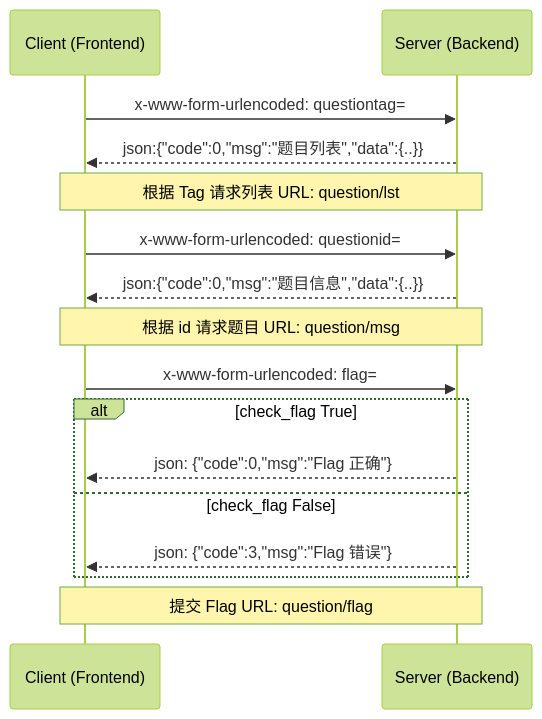
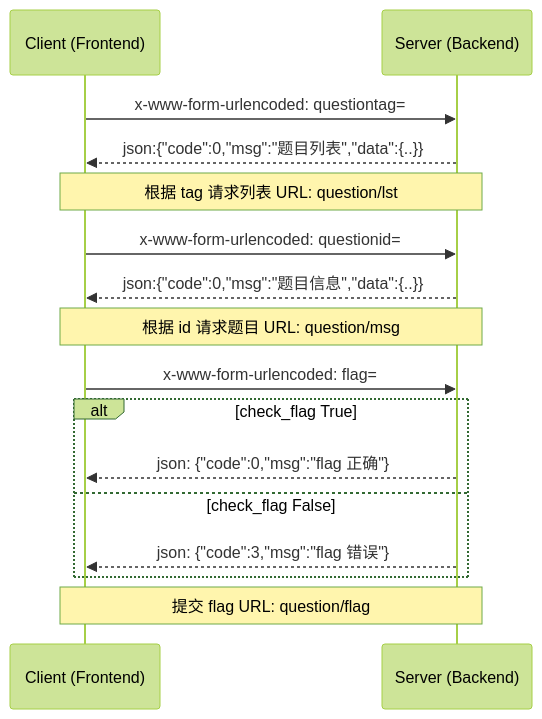
One commit to NKCTF/NKCTF-Backend changed the second of 4 diagrams in DOCUMENT.md. Above: the diagram before and after it, drawn with Mermaid (forest theme). The commit also changed 24 other files, not shown here.

````diff
--- a/DOCUMENT.md
+++ b/DOCUMENT.md
@@ -28,18 +28,18 @@
 ```mermaid
 sequenceDiagram;
 Client (Frontend) ->> Server (Backend): x-www-form-urlencoded: questiontag=
 Server (Backend) -->> Client (Frontend): json:{"code":0,"msg":"题目列表","data":{..}}
-Note over Client (Frontend), Server (Backend): 根据 Tag 请求列表 URL: question/lst
+Note over Client (Frontend), Server (Backend): 根据 tag 请求列表 URL: question/lst
 
 Client (Frontend) ->> Server (Backend): x-www-form-urlencoded: questionid=
 Server (Backend) -->> Client (Frontend): json:{"code":0,"msg":"题目信息","data":{..}}
 Note over Client (Frontend), Server (Backend): 根据 id 请求题目 URL: question/msg
 
 Client (Frontend) ->> Server (Backend): x-www-form-urlencoded: flag=
 alt check_flag True
-	Server (Backend) -->> Client (Frontend):json: {"code":0,"msg":"Flag 正确"}
+	Server (Backend) -->> Client (Frontend):json: {"code":0,"msg":"flag 正确"}
 else check_flag False
-	Server (Backend) -->> Client (Frontend):json: {"code":3,"msg":"Flag 错误"}
+	Server (Backend) -->> Client (Frontend):json: {"code":3,"msg":"flag 错误"}
 end
-Note over Client (Frontend), Server (Backend): 提交 Flag URL: question/flag
+Note over Client (Frontend), Server (Backend): 提交 flag URL: question/flag
 ```
````
